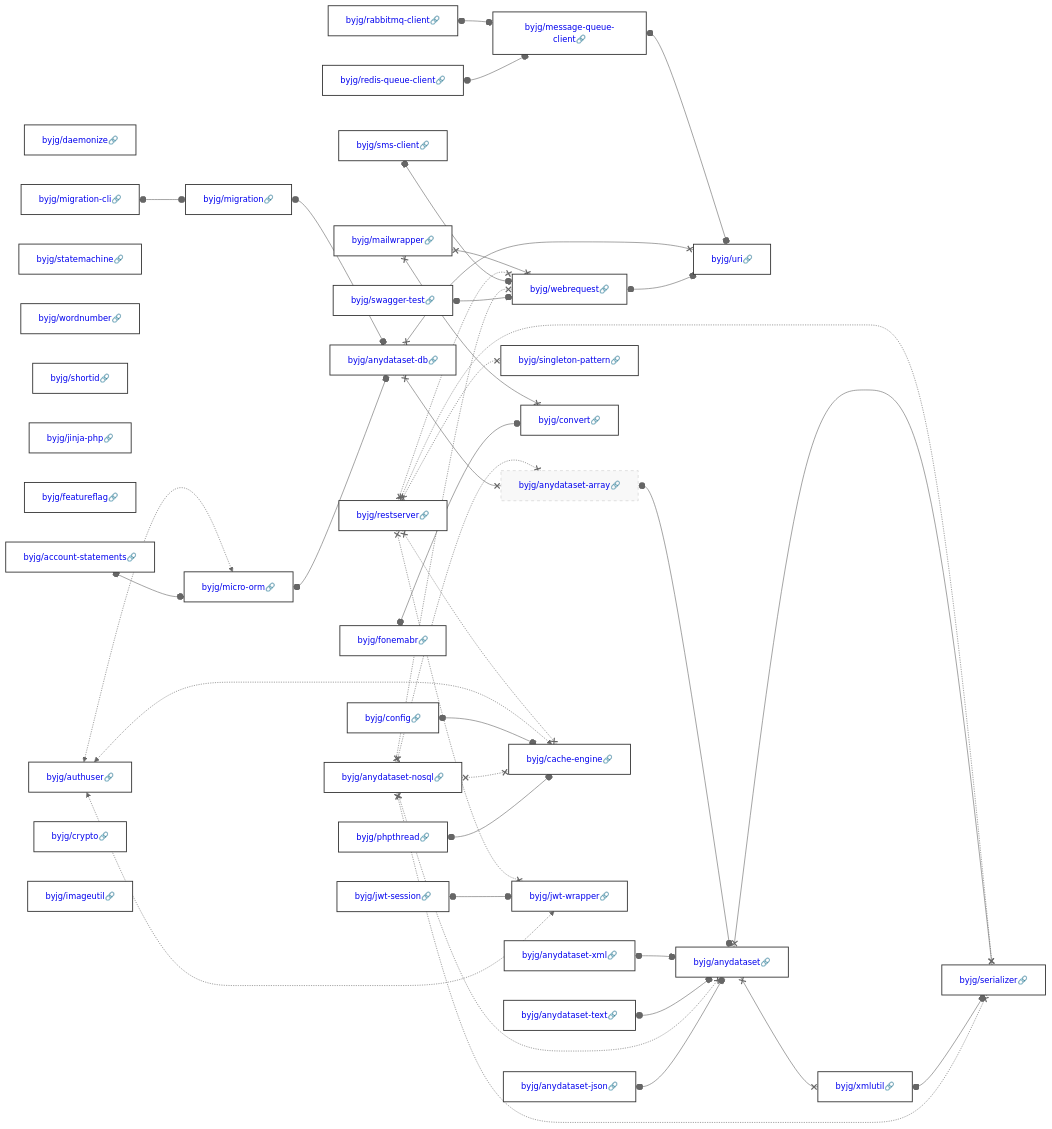
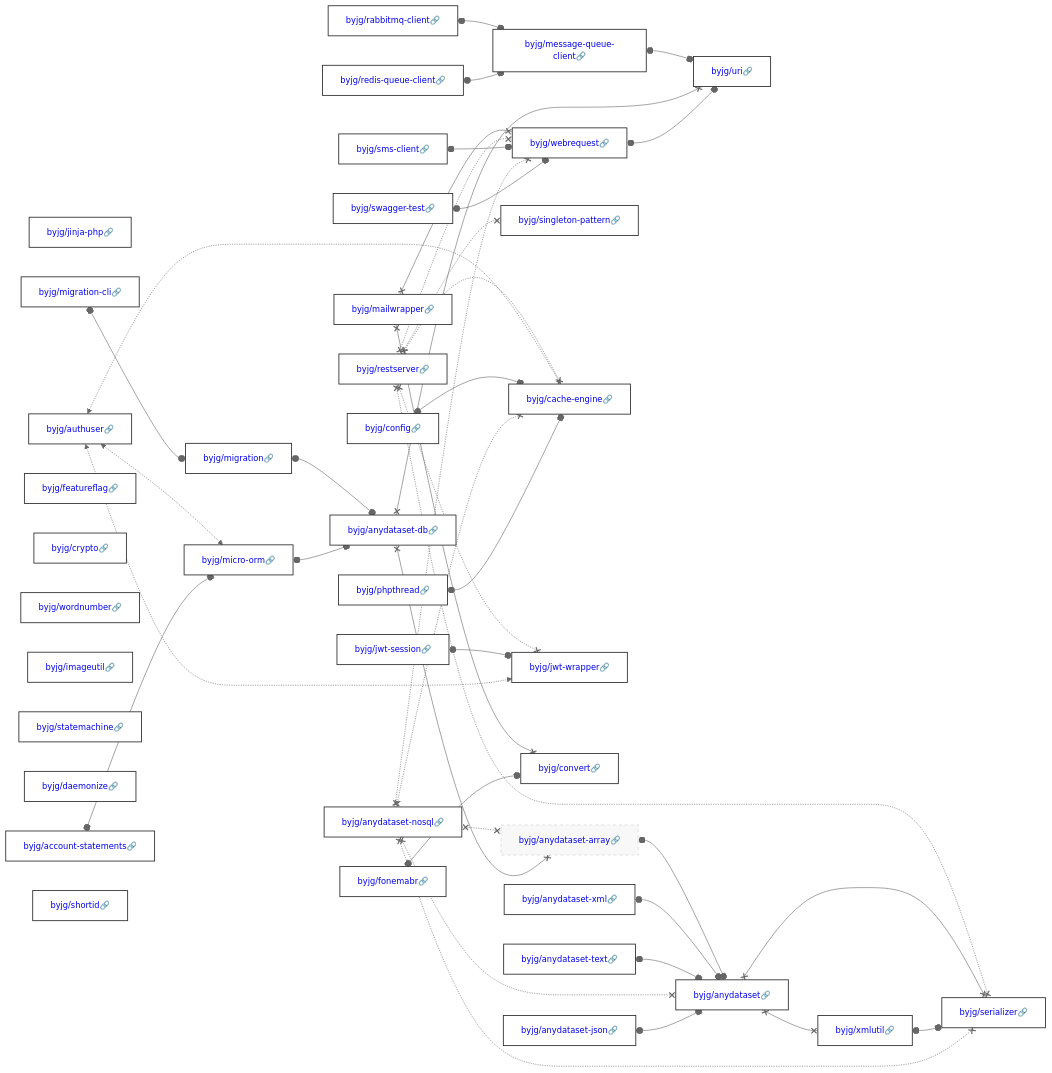
One commit to byjg/byjg.github.io changed the diagram in docs/php/README.md. Above: the diagram before and after it, drawn with Mermaid (neutral theme). The commit also changed other lines of this file and 1 other file, not shown here.

Commit message:
Update documentation 'php' 'php-cache-engine'

````diff
--- a/docs/php/README.md
+++ b/docs/php/README.md
@@ -3,38 +3,38 @@
 ```mermaid
 graph LR;
+  byjg/jinja-php[<a href='https://opensource.byjg.com/docs/php/jinja-php' style='text-decoration:none'>byjg/jinja-php🔗</a>];
+  byjg/anydataset-nosql[<a href='https://opensource.byjg.com/docs/php/anydataset-nosql' style='text-decoration:none'>byjg/anydataset-nosql🔗</a>];
+  byjg/config[<a href='https://opensource.byjg.com/docs/php/config' style='text-decoration:none'>byjg/config🔗</a>];
+  byjg/jwt-session[<a href='https://opensource.byjg.com/docs/php/jwt-session' style='text-decoration:none'>byjg/jwt-session🔗</a>];
+  byjg/sms-client[<a href='https://opensource.byjg.com/docs/php/sms-client' style='text-decoration:none'>byjg/sms-client🔗</a>];
+  byjg/migration-cli[<a href='https://opensource.byjg.com/docs/php/migration-cli' style='text-decoration:none'>byjg/migration-cli🔗</a>];
+  byjg/anydataset-xml[<a href='https://opensource.byjg.com/docs/php/anydataset-xml' style='text-decoration:none'>byjg/anydataset-xml🔗</a>];
+  byjg/redis-queue-client[<a href='https://opensource.byjg.com/docs/php/redis-queue-client' style='text-decoration:none'>byjg/redis-queue-client🔗</a>];
+  byjg/fonemabr[<a href='https://opensource.byjg.com/docs/php/fonemabr' style='text-decoration:none'>byjg/fonemabr🔗</a>];
+  byjg/phpthread[<a href='https://opensource.byjg.com/docs/php/phpthread' style='text-decoration:none'>byjg/phpthread🔗</a>];
+  byjg/authuser[<a href='https://opensource.byjg.com/docs/php/authuser' style='text-decoration:none'>byjg/authuser🔗</a>];
+  byjg/restserver[<a href='https://opensource.byjg.com/docs/php/restserver' style='text-decoration:none'>byjg/restserver🔗</a>];
+  byjg/featureflag[<a href='https://opensource.byjg.com/docs/php/featureflag' style='text-decoration:none'>byjg/featureflag🔗</a>];
   byjg/swagger-test[<a href='https://opensource.byjg.com/docs/php/swagger-test' style='text-decoration:none'>byjg/swagger-test🔗</a>];
-  byjg/daemonize[<a href='https://opensource.byjg.com/docs/php/daemonize' style='text-decoration:none'>byjg/daemonize🔗</a>];
-  byjg/anydataset-nosql[<a href='https://opensource.byjg.com/docs/php/anydataset-nosql' style='text-decoration:none'>byjg/anydataset-nosql🔗</a>];
-  byjg/migration-cli[<a href='https://opensource.byjg.com/docs/php/migration-cli' style='text-decoration:none'>byjg/migration-cli🔗</a>];
-  byjg/jwt-session[<a href='https://opensource.byjg.com/docs/php/jwt-session' style='text-decoration:none'>byjg/jwt-session🔗</a>];
+  byjg/crypto[<a href='https://opensource.byjg.com/docs/php/crypto' style='text-decoration:none'>byjg/crypto🔗</a>];
+  byjg/wordnumber[<a href='https://opensource.byjg.com/docs/php/wordnumber' style='text-decoration:none'>byjg/wordnumber🔗</a>];
+  byjg/imageutil[<a href='https://opensource.byjg.com/docs/php/imageutil' style='text-decoration:none'>byjg/imageutil🔗</a>];
+  byjg/mailwrapper[<a href='https://opensource.byjg.com/docs/php/mailwrapper' style='text-decoration:none'>byjg/mailwrapper🔗</a>];
   byjg/rabbitmq-client[<a href='https://opensource.byjg.com/docs/php/rabbitmq-client' style='text-decoration:none'>byjg/rabbitmq-client🔗</a>];
   byjg/statemachine[<a href='https://opensource.byjg.com/docs/php/statemachine' style='text-decoration:none'>byjg/statemachine🔗</a>];
-  byjg/wordnumber[<a href='https://opensource.byjg.com/docs/php/wordnumber' style='text-decoration:none'>byjg/wordnumber🔗</a>];
+  byjg/anydataset-text[<a href='https://opensource.byjg.com/docs/php/anydataset-text' style='text-decoration:none'>byjg/anydataset-text🔗</a>];
+  byjg/anydataset-json[<a href='https://opensource.byjg.com/docs/php/anydataset-json' style='text-decoration:none'>byjg/anydataset-json🔗</a>];
+  byjg/daemonize[<a href='https://opensource.byjg.com/docs/php/daemonize' style='text-decoration:none'>byjg/daemonize🔗</a>];
+  byjg/account-statements[<a href='https://opensource.byjg.com/docs/php/account-statements' style='text-decoration:none'>byjg/account-statements🔗</a>];
   byjg/shortid[<a href='https://opensource.byjg.com/docs/php/shortid' style='text-decoration:none'>byjg/shortid🔗</a>];
-  byjg/jinja-php[<a href='https://opensource.byjg.com/docs/php/jinja-php' style='text-decoration:none'>byjg/jinja-php🔗</a>];
-  byjg/redis-queue-client[<a href='https://opensource.byjg.com/docs/php/redis-queue-client' style='text-decoration:none'>byjg/redis-queue-client🔗</a>];
-  byjg/restserver[<a href='https://opensource.byjg.com/docs/php/restserver' style='text-decoration:none'>byjg/restserver🔗</a>];
-  byjg/anydataset-text[<a href='https://opensource.byjg.com/docs/php/anydataset-text' style='text-decoration:none'>byjg/anydataset-text🔗</a>];
-  byjg/anydataset-xml[<a href='https://opensource.byjg.com/docs/php/anydataset-xml' style='text-decoration:none'>byjg/anydataset-xml🔗</a>];
-  byjg/anydataset-json[<a href='https://opensource.byjg.com/docs/php/anydataset-json' style='text-decoration:none'>byjg/anydataset-json🔗</a>];
-  byjg/sms-client[<a href='https://opensource.byjg.com/docs/php/sms-client' style='text-decoration:none'>byjg/sms-client🔗</a>];
-  byjg/phpthread[<a href='https://opensource.byjg.com/docs/php/phpthread' style='text-decoration:none'>byjg/phpthread🔗</a>];
-  byjg/featureflag[<a href='https://opensource.byjg.com/docs/php/featureflag' style='text-decoration:none'>byjg/featureflag🔗</a>];
-  byjg/fonemabr[<a href='https://opensource.byjg.com/docs/php/fonemabr' style='text-decoration:none'>byjg/fonemabr🔗</a>];
-  byjg/account-statements[<a href='https://opensource.byjg.com/docs/php/account-statements' style='text-decoration:none'>byjg/account-statements🔗</a>];
-  byjg/mailwrapper[<a href='https://opensource.byjg.com/docs/php/mailwrapper' style='text-decoration:none'>byjg/mailwrapper🔗</a>];
-  byjg/config[<a href='https://opensource.byjg.com/docs/php/config' style='text-decoration:none'>byjg/config🔗</a>];
-  byjg/authuser[<a href='https://opensource.byjg.com/docs/php/authuser' style='text-decoration:none'>byjg/authuser🔗</a>];
-  byjg/crypto[<a href='https://opensource.byjg.com/docs/php/crypto' style='text-decoration:none'>byjg/crypto🔗</a>];
-  byjg/imageutil[<a href='https://opensource.byjg.com/docs/php/imageutil' style='text-decoration:none'>byjg/imageutil🔗</a>];
   byjg/migration[<a href='https://opensource.byjg.com/docs/php/migration' style='text-decoration:none'>byjg/migration🔗</a>];
-  byjg/message-queue-client[<a href='https://opensource.byjg.com/docs/php/message-queue-client' style='text-decoration:none'>byjg/message-queue-client🔗</a>];
   byjg/singleton-pattern[<a href='https://opensource.byjg.com/docs/php/singleton-pattern' style='text-decoration:none'>byjg/singleton-pattern🔗</a>];
+  byjg/cache-engine[<a href='https://opensource.byjg.com/docs/php/cache-engine' style='text-decoration:none'>byjg/cache-engine🔗</a>];
+  byjg/jwt-wrapper[<a href='https://opensource.byjg.com/docs/php/jwt-wrapper' style='text-decoration:none'>byjg/jwt-wrapper🔗</a>];
   byjg/convert[<a href='https://opensource.byjg.com/docs/php/convert' style='text-decoration:none'>byjg/convert🔗</a>];
   byjg/webrequest[<a href='https://opensource.byjg.com/docs/php/webrequest' style='text-decoration:none'>byjg/webrequest🔗</a>];
+  byjg/message-queue-client[<a href='https://opensource.byjg.com/docs/php/message-queue-client' style='text-decoration:none'>byjg/message-queue-client🔗</a>];
   byjg/micro-orm[<a href='https://opensource.byjg.com/docs/php/micro-orm' style='text-decoration:none'>byjg/micro-orm🔗</a>];
-  byjg/cache-engine[<a href='https://opensource.byjg.com/docs/php/cache-engine' style='text-decoration:none'>byjg/cache-engine🔗</a>];
-  byjg/jwt-wrapper[<a href='https://opensource.byjg.com/docs/php/jwt-wrapper' style='text-decoration:none'>byjg/jwt-wrapper🔗</a>];
   byjg/anydataset-db[<a href='https://opensource.byjg.com/docs/php/anydataset-db' style='text-decoration:none'>byjg/anydataset-db🔗</a>];
   byjg/anydataset-array[<a href='https://opensource.byjg.com/docs/php/anydataset-array' style='text-decoration:none'>byjg/anydataset-array🔗</a>];
   byjg/uri[<a href='https://opensource.byjg.com/docs/php/uri' style='text-decoration:none'>byjg/uri🔗</a>];
````
